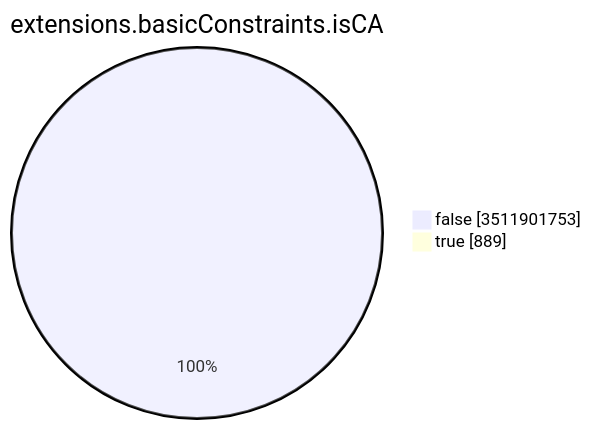
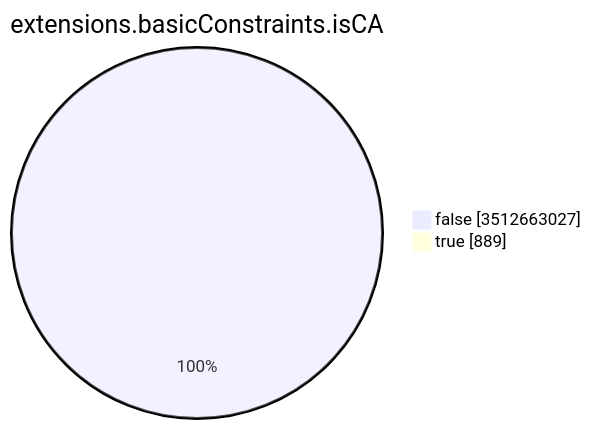
The seventh of 15 diagrams in TOTAL/README.md (christiankrug/ctmonitor_visualization), drawn with Mermaid before and after one commit. The commit also changed other lines of this file, not shown here.

````diff
--- a/TOTAL/README.md
+++ b/TOTAL/README.md
@@ -3094,6 +3094,6 @@
 ```mermaid
 pie showData
 title extensions.basicConstraints.isCA
-"false" :3511901753
+"false" :3512663027
 "true" :889
 ```
````
